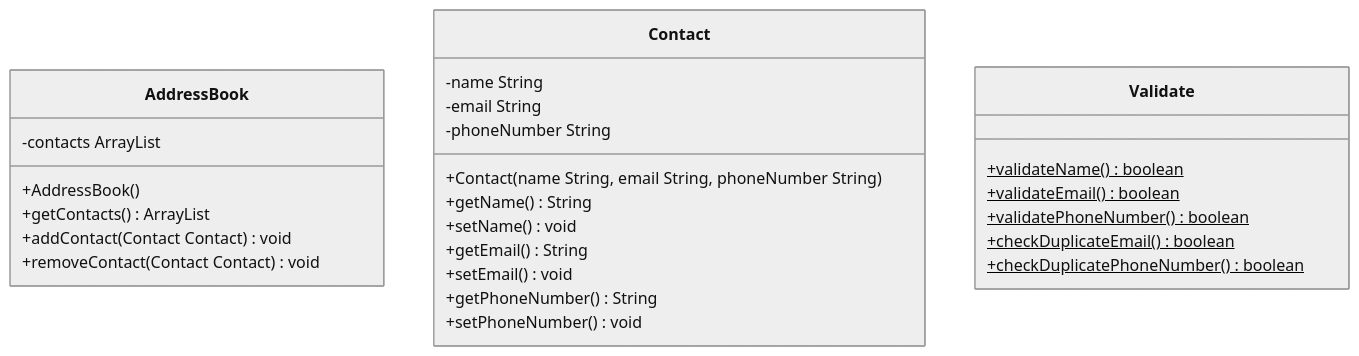
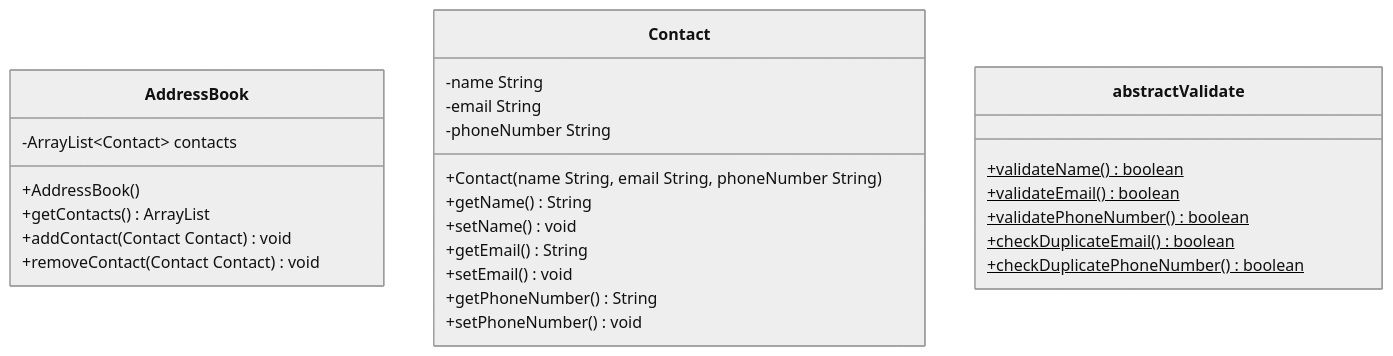
One commit to iamnickko/java-addressBook changed the diagram in docs/domain-models-test-plan.md. Above: the diagram before and after it, drawn with Mermaid (neutral theme). The commit also changed 2 other files, not shown here.

Commit message:
NEW: added testValidateNameReturnsTrue

````diff
--- a/docs/domain-models-test-plan.md
+++ b/docs/domain-models-test-plan.md
@@ -3,29 +3,29 @@
 ```mermaid
 classDiagram
     class AddressBook {
-        -contacts ArrayList<Contact>
+        -ArrayList~Contact~ contacts
         +AddressBook()
         +getContacts() ArrayList<Contact>
         +addContact(Contact Contact) void
         +removeContact(Contact Contact) void
     }
     class Contact {
         -name String
         -email String
         -phoneNumber String
         +Contact(name String, email String, phoneNumber String)
         +getName() String
         +setName() void
         +getEmail() String
         +setEmail() void
         +getPhoneNumber() String
         +setPhoneNumber() void
     }
-    class Validate {
+    class abstract Validate {
         +validateName()$ boolean
         +validateEmail()$ boolean
         +validatePhoneNumber()$ boolean
         +checkDuplicateEmail()$ boolean
         +checkDuplicatePhoneNumber()$ boolean
     }
 ```
````
